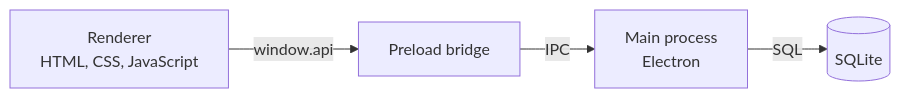
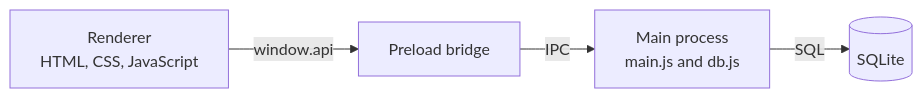
The diagram in README.md (dmytro-buniak/electron_demo), drawn with Mermaid before and after one commit. The commit also changed other lines of this file, not shown here.

````diff
--- a/README.md
+++ b/README.md
@@ -41,6 +41,6 @@
 ```mermaid
 flowchart LR
     UI["Renderer<br/>HTML, CSS, JavaScript"] -- "window.api" --> BR["Preload bridge"]
-    BR -- IPC --> MAIN["Main process<br/>Electron"]
+    BR -- IPC --> MAIN["Main process<br/>main.js and db.js"]
     MAIN -- SQL --> DB[("SQLite")]
 ```
````
